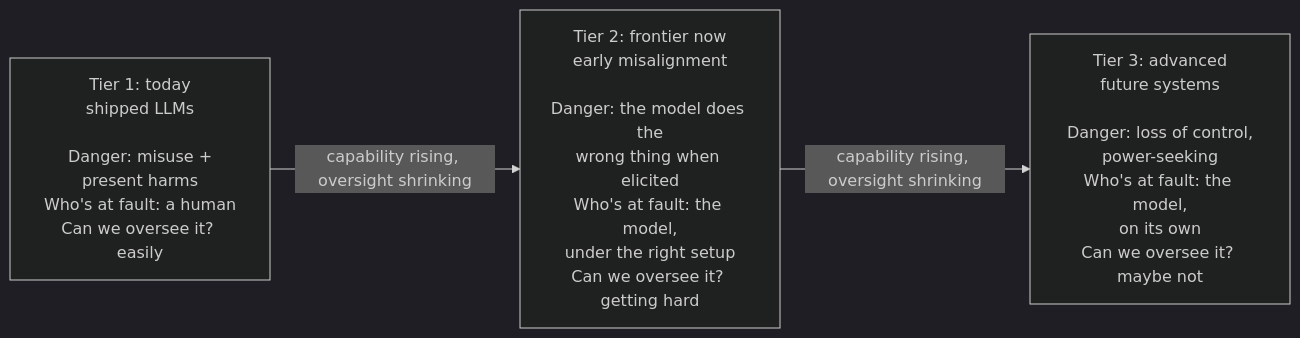
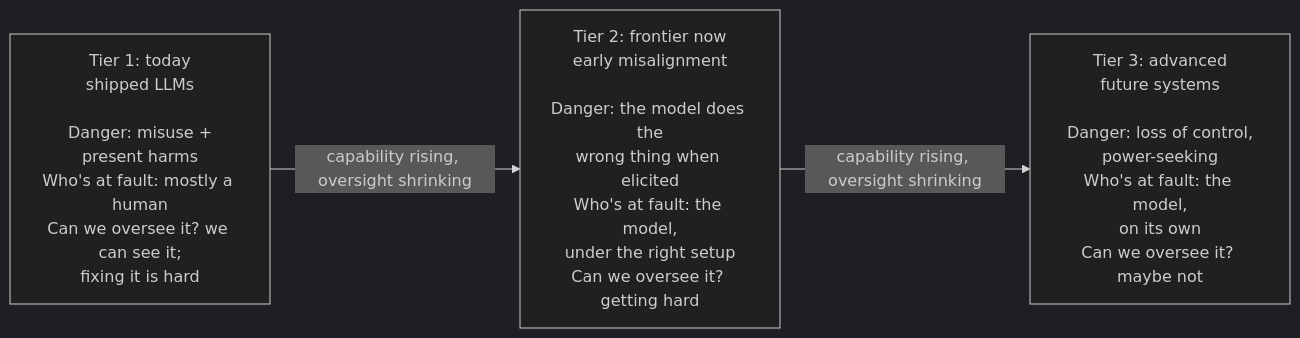
Before and after one commit to senthilnathan01/knowledge-vault: the first of 2 diagrams in concepts/AI Safety - Risk by Capability Level.md, drawn with Mermaid (dark theme). The commit also changed other lines of this file, not shown here.

````diff
--- a/concepts/AI Safety - Risk by Capability Level.md
+++ b/concepts/AI Safety - Risk by Capability Level.md
@@ -30,7 +30,7 @@
 ```mermaid
 flowchart LR
-    T1["Tier 1: today<br/>shipped LLMs<br/><br/>Danger: misuse +<br/>present harms<br/>Who's at fault: a human<br/>Can we oversee it? easily"]
+    T1["Tier 1: today<br/>shipped LLMs<br/><br/>Danger: misuse +<br/>present harms<br/>Who's at fault: mostly a human<br/>Can we oversee it? we can see it;<br/>fixing it is hard"]
     T2["Tier 2: frontier now<br/>early misalignment<br/><br/>Danger: the model does the<br/>wrong thing when elicited<br/>Who's at fault: the model,<br/>under the right setup<br/>Can we oversee it? getting hard"]
     T3["Tier 3: advanced<br/>future systems<br/><br/>Danger: loss of control,<br/>power-seeking<br/>Who's at fault: the model,<br/>on its own<br/>Can we oversee it? maybe not"]
     T1 -->|capability rising, oversight shrinking| T2 -->|capability rising, oversight shrinking| T3
 ```
````
